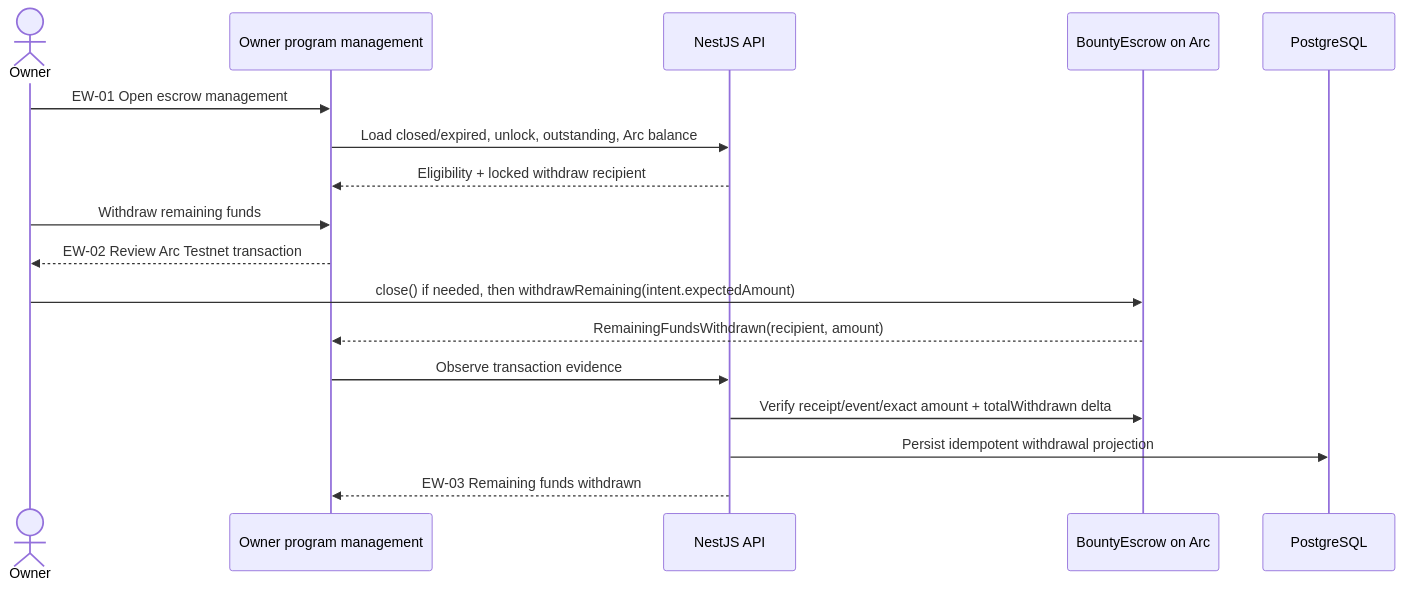
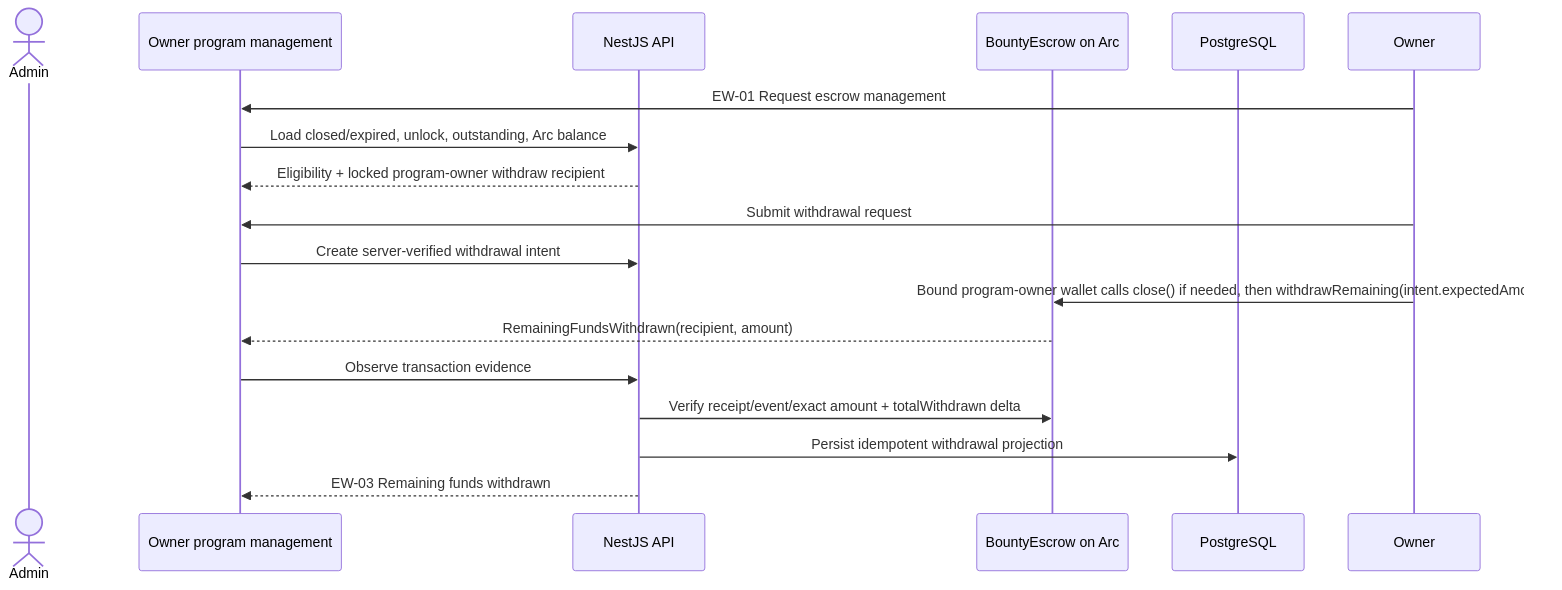
The second of 3 diagrams in docs/flow/create-program-owner-flow-for-figma.md (pnam1609/bug-bounty-escrow), drawn with Mermaid before and after one commit. The commit also changed other lines of this file and 47 other files, not shown here.

Commit message:
feat(escrow): use Circle wallet as admin controller

````diff
--- a/docs/flow/create-program-owner-flow-for-figma.md
+++ b/docs/flow/create-program-owner-flow-for-figma.md
@@ -1047,20 +1137,20 @@
 ```mermaid
 sequenceDiagram
-  actor Owner
+  actor Admin
   participant Web as Owner program management
   participant API as NestJS API
   participant Escrow as BountyEscrow on Arc
   participant DB as PostgreSQL
 
-  Owner->>Web: EW-01 Open escrow management
+  Owner->>Web: EW-01 Request escrow management
   Web->>API: Load closed/expired, unlock, outstanding, Arc balance
-  API-->>Web: Eligibility + locked withdraw recipient
-  Owner->>Web: Withdraw remaining funds
-  Web-->>Owner: EW-02 Review Arc Testnet transaction
-  Owner->>Escrow: close() if needed, then withdrawRemaining(intent.expectedAmount)
+  API-->>Web: Eligibility + locked program-owner withdraw recipient
+  Owner->>Web: Submit withdrawal request
+  Web->>API: Create server-verified withdrawal intent
+  Owner->>Escrow: Bound program-owner wallet calls close() if needed, then withdrawRemaining(intent.expectedAmount)
   Escrow-->>Web: RemainingFundsWithdrawn(recipient, amount)
   Web->>API: Observe transaction evidence
   API->>Escrow: Verify receipt/event/exact amount + totalWithdrawn delta
   API->>DB: Persist idempotent withdrawal projection
   API-->>Web: EW-03 Remaining funds withdrawn
 ```
````
